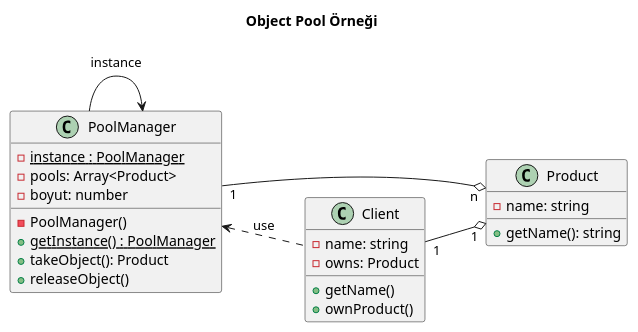
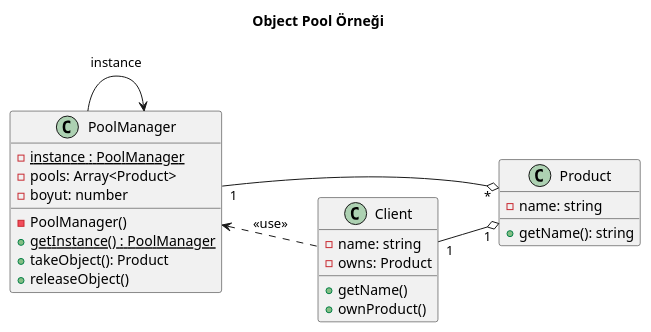
One commit to atagulalan/typescript-design-patterns changed the diagram in object_pool/objectpool.puml. Above: the diagram before and after it, drawn with PlantUML. The commit also changed 2 other files, not shown here.

```diff
--- a/object_pool/objectpool.puml
+++ b/object_pool/objectpool.puml
@@ -1,33 +1,33 @@
 @startuml
 left to right direction
 
 title Object Pool Örneği
 
 class PoolManager {
   -{static} instance : PoolManager
   -pools: Array<Product>
   -boyut: number
   -PoolManager()
   +{static}getInstance() : PoolManager
   +takeObject(): Product 
   +releaseObject()
 }
 
 class Product {
   -name: string
   +getName(): string
 }
 
 class Client {
   -name: string
   -owns: Product
   +getName()
   +ownProduct()
 }
 
 PoolManager --> PoolManager : instance
-PoolManager "1" --o "n" Product
-PoolManager <.. Client : use
+PoolManager "1" --o "*" Product
+PoolManager <.. Client : <<use>>
 Client "1" --o "1" Product
 
 @enduml
```
